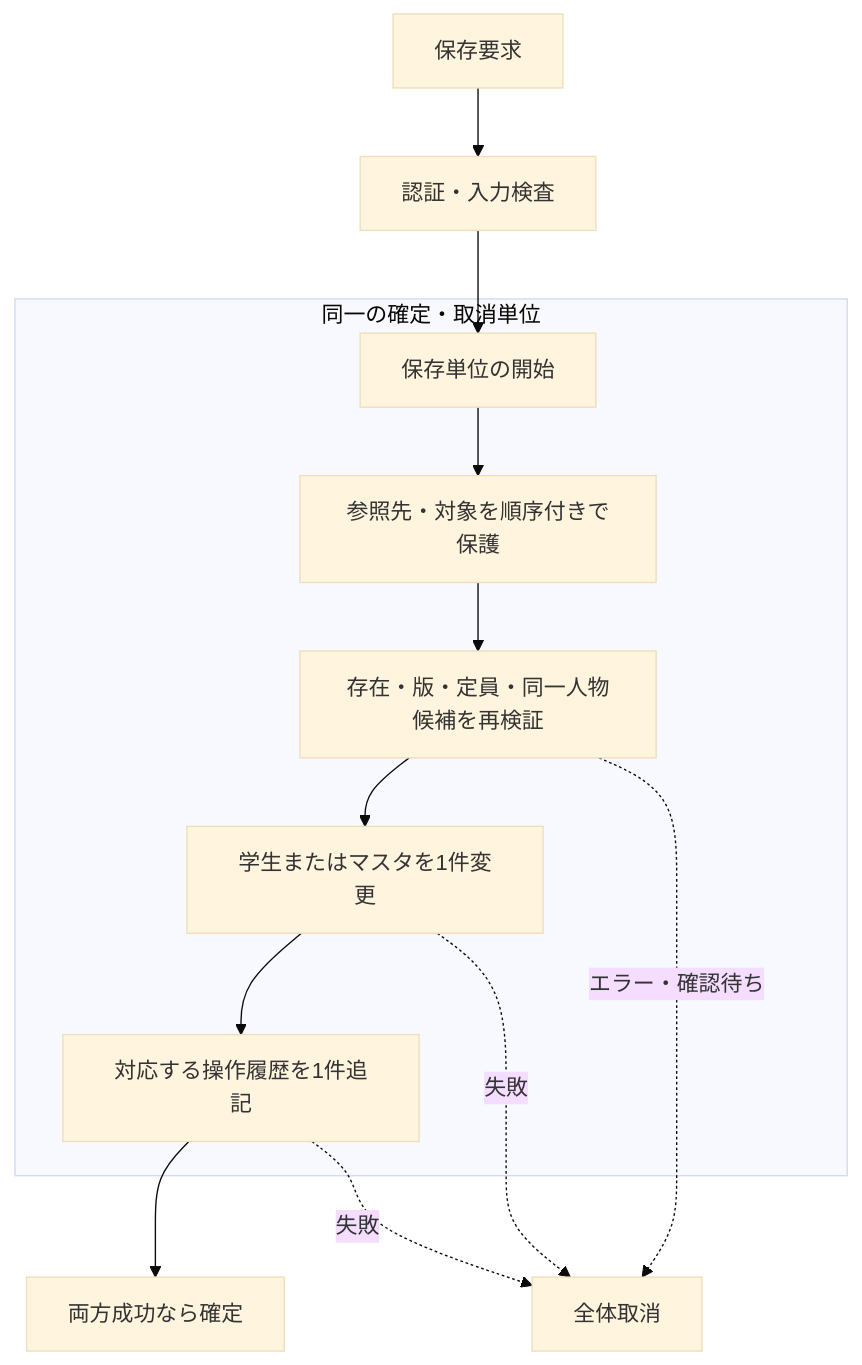
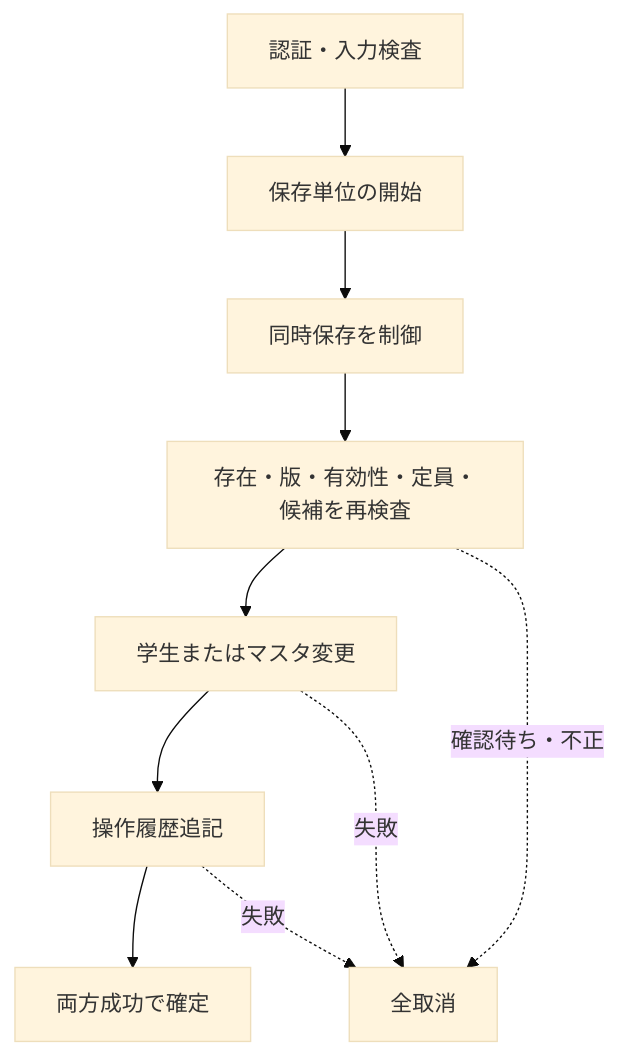
One commit to tujinrong/contextbase-evaluation changed the second of 2 diagrams in spec/共通/02_CRUD図.md. Above: the diagram before and after it, drawn with Mermaid (base theme). The commit also changed other lines of this file and 26 other files, not shown here.

````diff
--- a/spec/共通/02_CRUD図.md
+++ b/spec/共通/02_CRUD図.md
@@ -61,15 +48,12 @@
 ```mermaid
 flowchart TD
-    要求[保存要求] --> 入力[認証・入力検査]
-    入力 --> 開始[保存単位の開始]
-    subgraph 一括確定[同一の確定・取消単位]
-      開始 --> ロック[参照先・対象を順序付きで保護]
-      ロック --> 再検証[存在・版・定員・同一人物候補を再検証]
-      再検証 --> 変更[学生またはマスタを1件変更]
-      変更 --> 履歴[対応する操作履歴を1件追記]
-    end
-    履歴 --> 成功[両方成功なら確定]
-    再検証 -. エラー・確認待ち .-> 取消[全体取消]
+    入力[認証・入力検査] --> 開始[保存単位の開始]
+    開始 --> 保護[同時保存を制御]
+    保護 --> 再検査[存在・版・有効性・定員・候補を再検査]
+    再検査 --> 変更[学生またはマスタ変更]
+    変更 --> 履歴[操作履歴追記]
+    履歴 --> 確定[両方成功で確定]
+    再検査 -. 確認待ち・不正 .-> 取消[全取消]
     変更 -. 失敗 .-> 取消
     履歴 -. 失敗 .-> 取消
 ```
````
